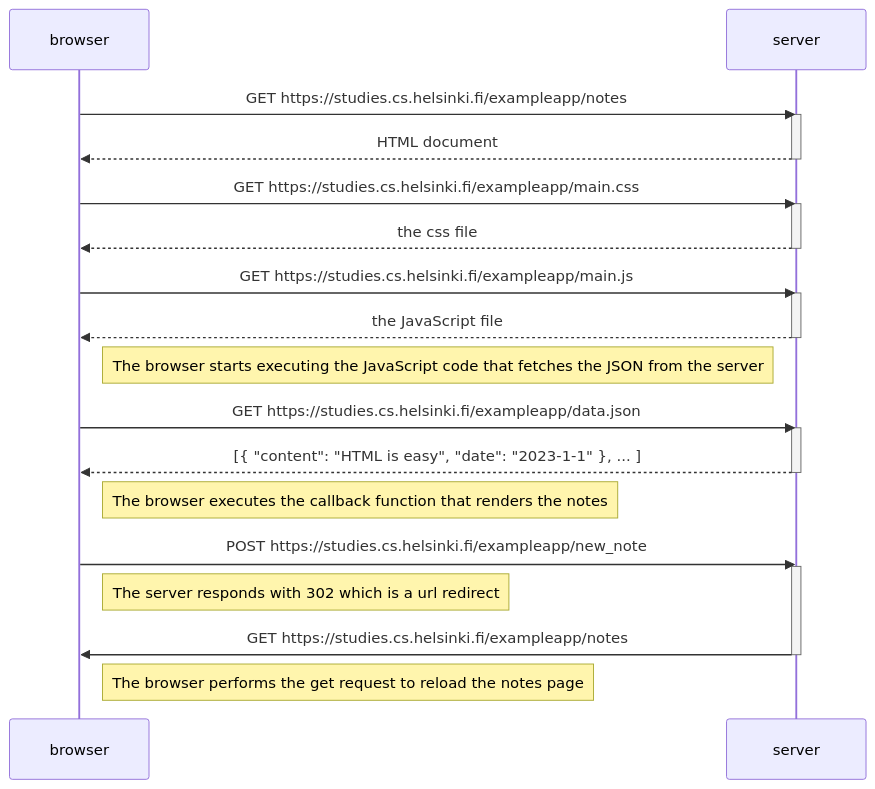
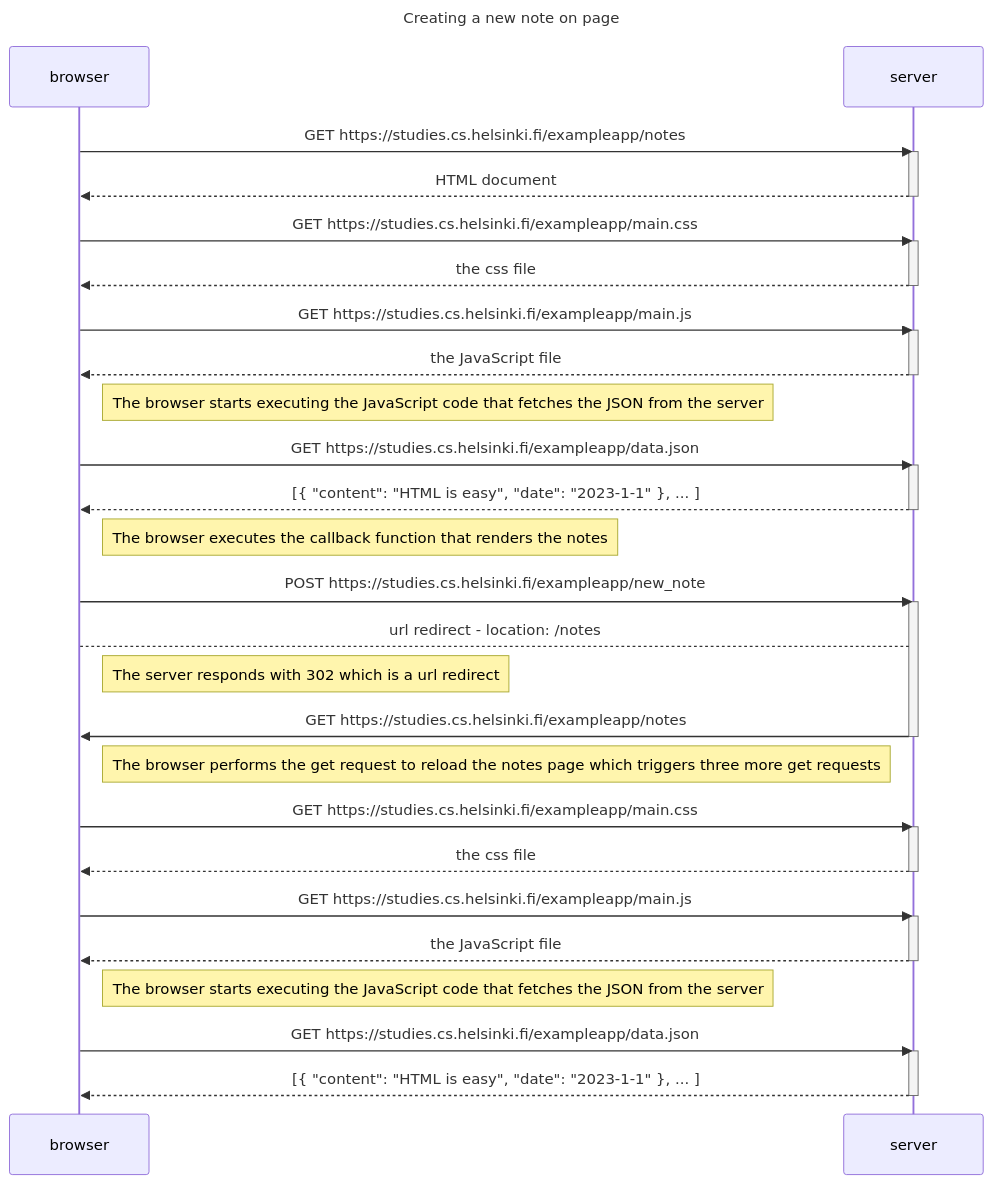
The diagram in part0/exercise04.md (Katyh-one/full-stack-open-course), drawn with Mermaid before and after one commit. The commit also changed 2 other files, not shown here.

Commit message:
Updated all exercises

````diff
--- a/part0/exercise04.md
+++ b/part0/exercise04.md
@@ -1,37 +1,59 @@
 ```mermaid
+---
+title: Creating a new note on page
+---
 sequenceDiagram
     participant browser
     participant server
 
     browser->>server: GET https://studies.cs.helsinki.fi/exampleapp/notes
     activate server
     server-->>browser: HTML document
     deactivate server
 
     browser->>server: GET https://studies.cs.helsinki.fi/exampleapp/main.css
     activate server
     server-->>browser: the css file
     deactivate server
 
     browser->>server: GET https://studies.cs.helsinki.fi/exampleapp/main.js
     activate server
     server-->>browser: the JavaScript file
     deactivate server
 
     Note right of browser: The browser starts executing the JavaScript code that fetches the JSON from the server
 
     browser->>server: GET https://studies.cs.helsinki.fi/exampleapp/data.json
     activate server
     server-->>browser: [{ "content": "HTML is easy", "date": "2023-1-1" }, ... ]
     deactivate server
 
     Note right of browser: The browser executes the callback function that renders the notes
 
     browser->>server: POST https://studies.cs.helsinki.fi/exampleapp/new_note
     activate server
+    server-->browser: url redirect - location: /notes
     Note right of browser: The server responds with 302 which is a url redirect
 
     server->>browser: GET https://studies.cs.helsinki.fi/exampleapp/notes
     deactivate server
-    Note right of browser: The browser performs the get request to reload the notes page
+    Note right of browser: The browser performs the get request to reload the notes page which triggers three more get requests 
+
+     browser->>server: GET https://studies.cs.helsinki.fi/exampleapp/main.css
+    activate server
+    server-->>browser: the css file
+    deactivate server
+
+    browser->>server: GET https://studies.cs.helsinki.fi/exampleapp/main.js
+    activate server
+    server-->>browser: the JavaScript file
+    deactivate server
+
+    Note right of browser: The browser starts executing the JavaScript code that fetches the JSON from the server
+
+    browser->>server: GET https://studies.cs.helsinki.fi/exampleapp/data.json
+    activate server
+    server-->>browser: [{ "content": "HTML is easy", "date": "2023-1-1" }, ... ]
+    deactivate server
+
 ```
````
